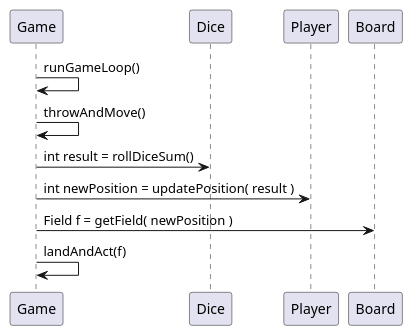
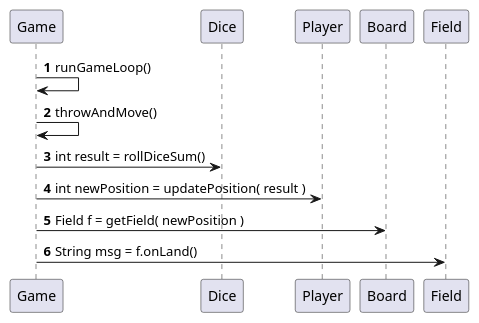
One commit to christoffertimm/OOP2-opgaver changed the diagram in Documentation/throwAndMove.puml. Above: the diagram before and after it, drawn with PlantUML. The commit also changed 18 other files, not shown here.

```diff
--- a/Documentation/throwAndMove.puml
+++ b/Documentation/throwAndMove.puml
@@ -1,15 +1,16 @@
 @startuml
+autonumber
 
 participant Game as game
 participant Dice as dice
 participant Player as player
 participant Board as board
-
+participant Field as field
 game -> game : runGameLoop()
 game -> game : throwAndMove()
 game -> dice : int result = rollDiceSum()
 game -> player: int newPosition = updatePosition( result )
 game -> board : Field f = getField( newPosition )
-game -> game : landAndAct(f)
+game -> field : String msg = f.onLand()
 
 @enduml
```
